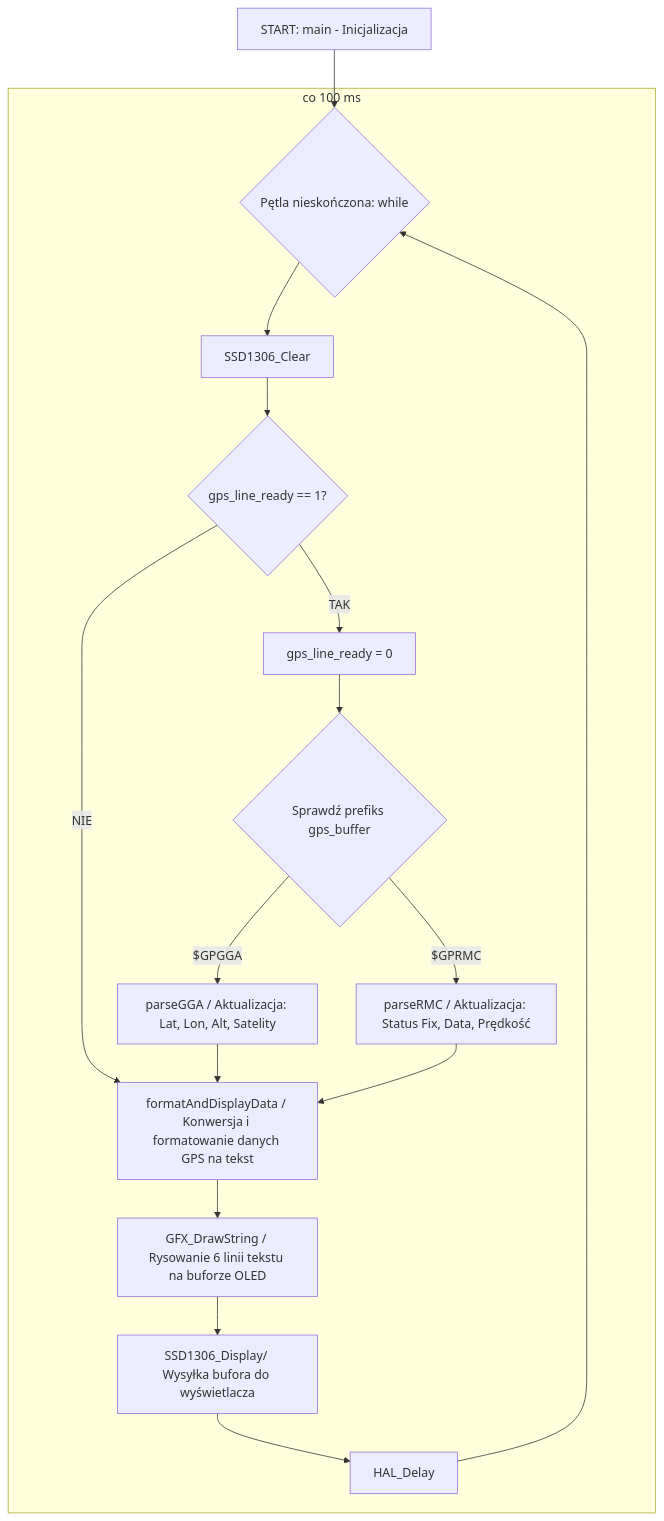
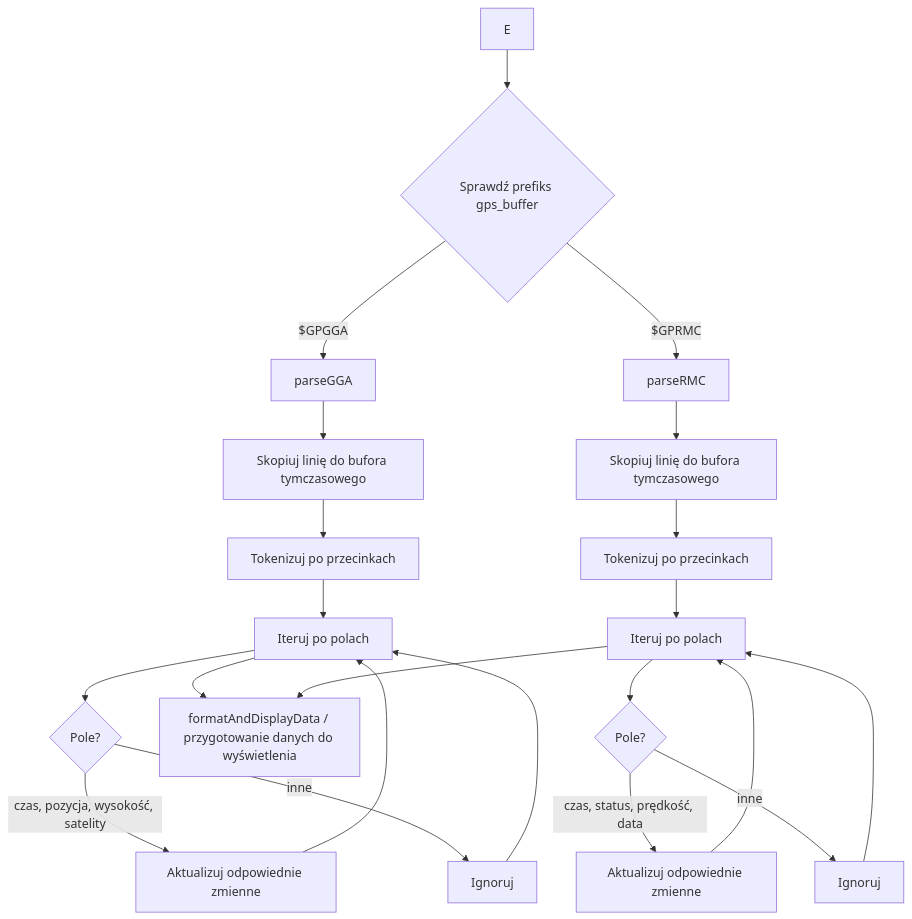
Before and after one commit to ThertyOne/stm32-SPI-oled-UART-GPS: the diagram in README.md, drawn with Mermaid. The commit also changed other lines of this file, not shown here.

````diff
--- a/README.md
+++ b/README.md
@@ -256,26 +284,29 @@
 ```mermaid
 flowchart TD
-  A[START: main - Inicjalizacja] --> B{Pętla nieskończona: while}
+E --> F{Sprawdź prefiks gps_buffer}
 
-  subgraph Pętla_Glowna["co 100 ms"]
-    B --> C[SSD1306_Clear]
-    C --> D{gps_line_ready == 1?}
-    D -- "TAK" --> E[gps_line_ready = 0]
-    D -- "NIE" --> H
+F -- "$GPGGA" --> G[parseGGA]
+G --> G1[Skopiuj linię do bufora tymczasowego]
+G1 --> G2[Tokenizuj po przecinkach]
+G2 --> G3[Iteruj po polach]
+G3 --> G4{Pole?}
+G4 -- "czas, pozycja, wysokość, satelity" --> G5[Aktualizuj odpowiednie zmienne]
+G4 -- "inne" --> G6[Ignoruj]
+G5 --> G3
+G6 --> G3
+G3 --> H
 
-    E --> F{Sprawdź prefiks gps_buffer}
+F -- "$GPRMC" --> R[parseRMC]
+R --> R1[Skopiuj linię do bufora tymczasowego]
+R1 --> R2[Tokenizuj po przecinkach]
+R2 --> R3[Iteruj po polach]
+R3 --> R4{Pole?}
+R4 -- "czas, status, prędkość, data" --> R5[Aktualizuj odpowiednie zmienne]
+R4 -- "inne" --> R6[Ignoruj]
+R5 --> R3
+R6 --> R3
+R3 --> H
 
-    F -- "$GPGGA" --> F1[parseGGA / Aktualizacja: Lat, Lon, Alt, Satelity]
-    F -- "$GPRMC" --> F2[parseRMC / Aktualizacja: Status Fix, Data, Prędkość]
-    F1 --> H
-    F2 --> H
-
-    H[formatAndDisplayData / Konwersja i formatowanie danych GPS na tekst]
-    H --> I[GFX_DrawString / Rysowanie 6 linii tekstu na buforze OLED]
-    I --> J[SSD1306_Display/ Wysyłka bufora do wyświetlacza]
-    J --> K[HAL_Delay]
-    K --> B
-  end
-
+H[formatAndDisplayData / przygotowanie danych do wyświetlenia]
 
 ```
````
